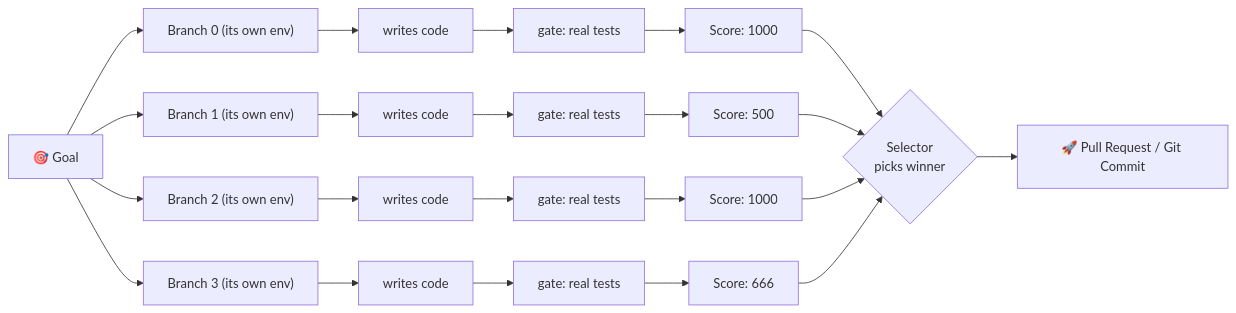
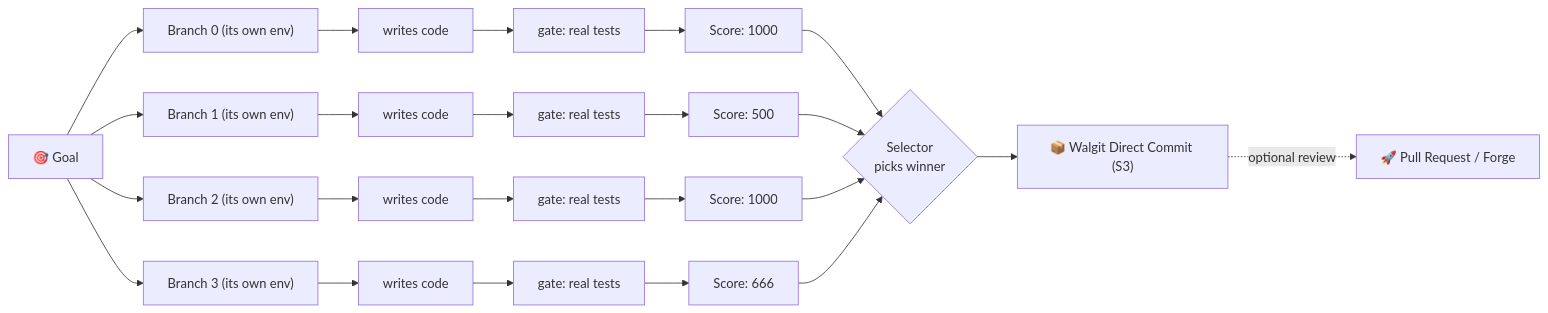
The diagram in README.md (markkovari/holon), drawn with Mermaid before and after one commit. The commit also changed other lines of this file, not shown here.

Commit message:
docs(readme): fix ASCII banner spelling and highlight walgit S3 commit in loop

````diff
--- a/README.md
+++ b/README.md
@@ -200,19 +196,20 @@
 ```mermaid
 flowchart LR
     Goal["🎯 Goal"] --> B0["Branch 0 (its own env)"]
     Goal --> B1["Branch 1 (its own env)"]
     Goal --> B2["Branch 2 (its own env)"]
     Goal --> B3["Branch 3 (its own env)"]
 
     B0 --> W0["writes code"] --> T0["gate: real tests"] --> S0["Score: 1000"]
     B1 --> W1["writes code"] --> T1["gate: real tests"] --> S1["Score: 500"]
     B2 --> W2["writes code"] --> T2["gate: real tests"] --> S2["Score: 1000"]
     B3 --> W3["writes code"] --> T3["gate: real tests"] --> S3["Score: 666"]
 
     S0 --> Selector{"Selector<br/>picks winner"}
     S1 --> Selector
     S2 --> Selector
     S3 --> Selector
 
-    Selector --> PR["🚀 Pull Request / Git Commit"]
+    Selector --> Walgit["📦 Walgit Direct Commit (S3)"]
+    Walgit -.->|"optional review"| PR["🚀 Pull Request / Forge"]
 ```
````
